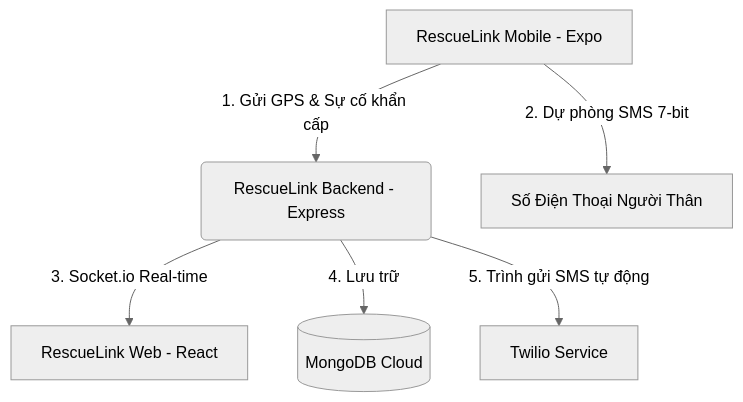
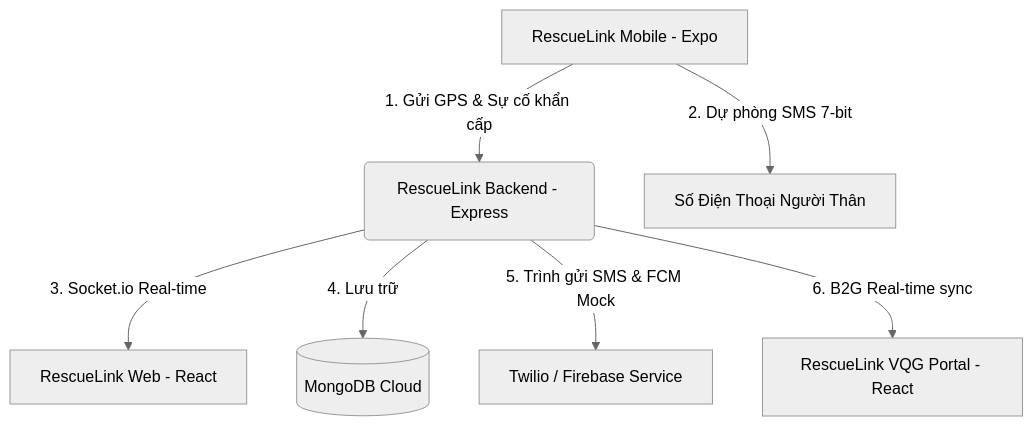
The diagram in README.md (Koi-0105-Monkey/AI_cuu_ho), drawn with Mermaid (neutral theme) before and after one commit. The commit also changed other lines of this file and 45 other files, not shown here.

Commit message:
feat: expand system architecture to 5-actor model, add B2G rescuelink-vqg portal, integrate weather API and FCM notifications

````diff
--- a/README.md
+++ b/README.md
@@ -45,8 +45,9 @@
 ```mermaid
 graph TD
     A[RescueLink Mobile - Expo] -->|1. Gửi GPS & Sự cố khẩn cấp| B(RescueLink Backend - Express)
     A -->|2. Dự phòng SMS 7-bit| C[Số Điện Thoại Người Thân]
     B -->|3. Socket.io Real-time| D[RescueLink Web - React]
     B -->|4. Lưu trữ| E[(MongoDB Cloud)]
-    B -->|5. Trình gửi SMS tự động| F[Twilio Service]
+    B -->|5. Trình gửi SMS & FCM Mock| F[Twilio / Firebase Service]
+    B -->|6. B2G Real-time sync| G[RescueLink VQG Portal - React]
 ```
````
